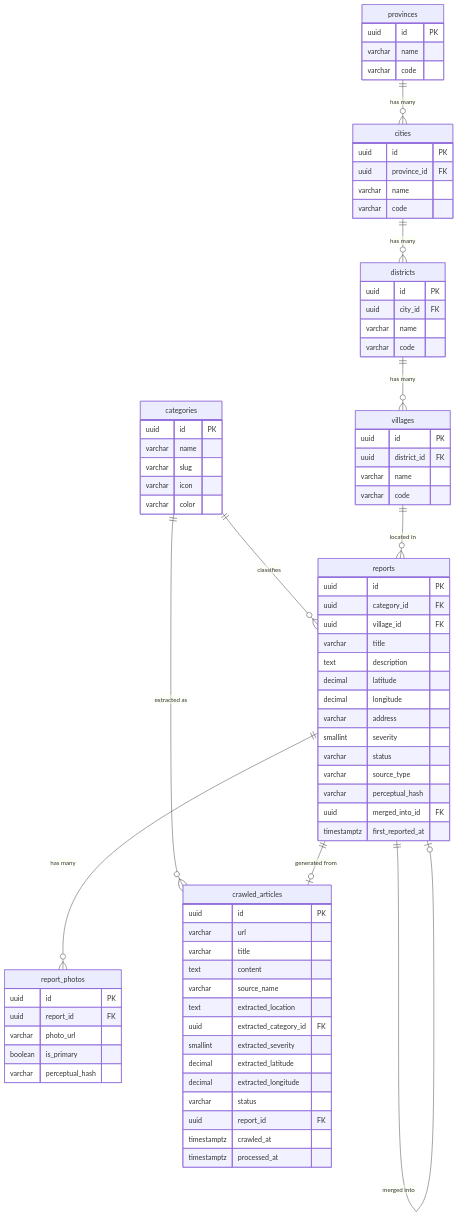
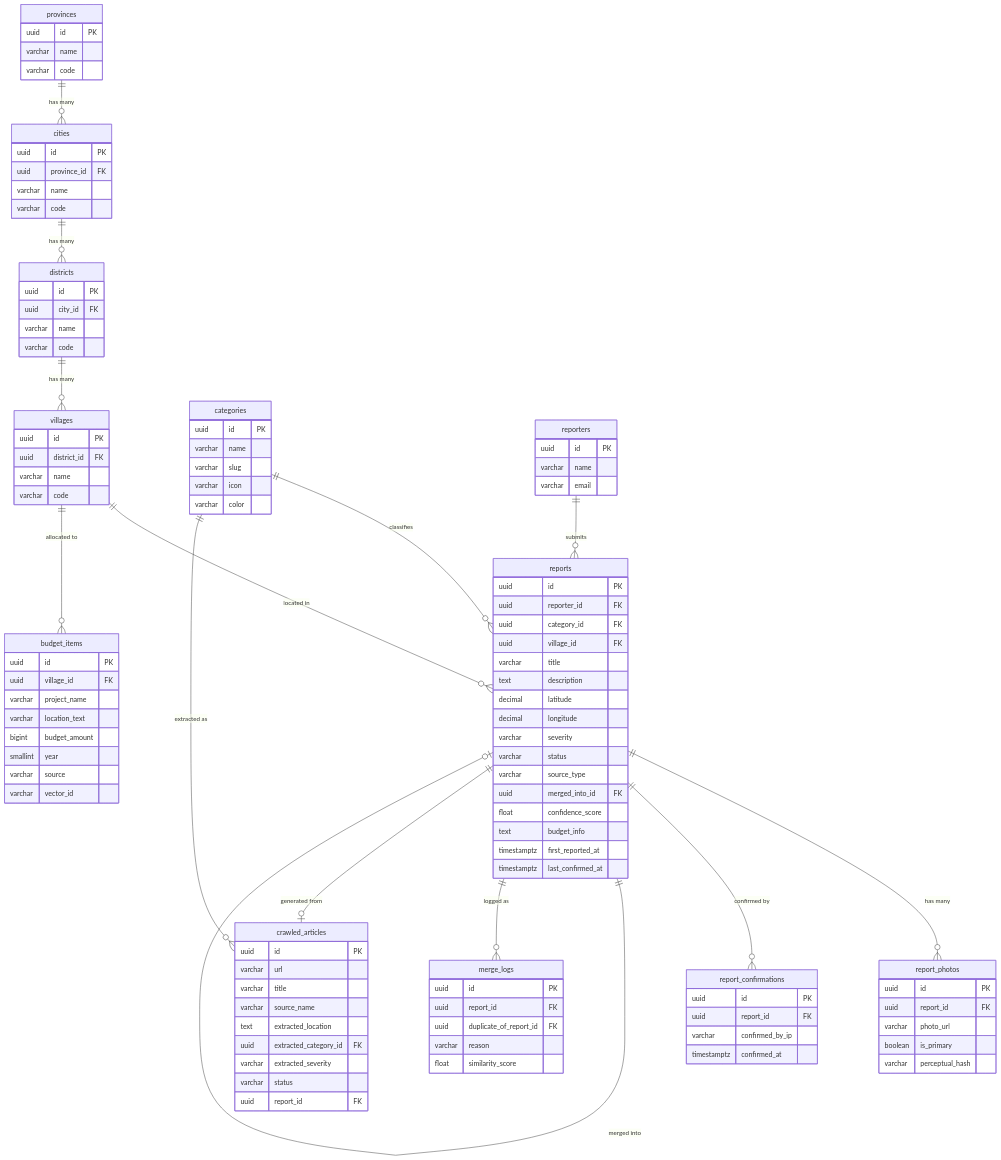
Before and after one commit to arttVinci/fixora-Backend: the diagram in docs/DATABASE-SCHEMA.md, drawn with Mermaid. The commit also changed other lines of this file, not shown here.

Commit message:
docs: refactor for database schema documentation for region hierarchy, reporters, and reports

````diff
--- a/docs/DATABASE-SCHEMA.md
+++ b/docs/DATABASE-SCHEMA.md
@@ -167,43 +254,44 @@
     provinces ||--o{ cities : "has many"
     cities ||--o{ districts : "has many"
     districts ||--o{ villages : "has many"
-    
+
     categories ||--o{ reports : "classifies"
     villages ||--o{ reports : "located in"
-    
+    reporters ||--o{ reports : "submits"
+
     reports ||--o{ report_photos : "has many"
+    reports ||--o{ report_confirmations : "confirmed by"
     reports ||--o| reports : "merged into"
-    
+    reports ||--o{ merge_logs : "logged as"
+
     categories ||--o{ crawled_articles : "extracted as"
     reports ||--o| crawled_articles : "generated from"
-    
+
+    villages ||--o{ budget_items : "allocated to"
+
     provinces {
         uuid id PK
         varchar name
         varchar code
     }
-    
     cities {
         uuid id PK
         uuid province_id FK
         varchar name
         varchar code
     }
-    
     districts {
         uuid id PK
         uuid city_id FK
         varchar name
         varchar code
     }
-    
     villages {
         uuid id PK
         uuid district_id FK
         varchar name
         varchar code
     }
-    
     categories {
         uuid id PK
         varchar name
@@ -211,24 +299,29 @@
         varchar icon
         varchar color
     }
-    
+    reporters {
+        uuid id PK
+        varchar name
+        varchar email
+    }
     reports {
         uuid id PK
+        uuid reporter_id FK
         uuid category_id FK
         uuid village_id FK
         varchar title
         text description
         decimal latitude
         decimal longitude
-        varchar address
-        smallint severity
+        varchar severity
         varchar status
         varchar source_type
-        varchar perceptual_hash
         uuid merged_into_id FK
+        float confidence_score
+        text budget_info
         timestamptz first_reported_at
+        timestamptz last_confirmed_at
     }
-    
     report_photos {
         uuid id PK
         uuid report_id FK
@@ -236,21 +329,38 @@
         boolean is_primary
         varchar perceptual_hash
     }
-    
+    report_confirmations {
+        uuid id PK
+        uuid report_id FK
+        varchar confirmed_by_ip
+        timestamptz confirmed_at
+    }
+    merge_logs {
+        uuid id PK
+        uuid report_id FK
+        uuid duplicate_of_report_id FK
+        varchar reason
+        float similarity_score
+    }
     crawled_articles {
         uuid id PK
         varchar url
         varchar title
-        text content
         varchar source_name
         text extracted_location
         uuid extracted_category_id FK
-        smallint extracted_severity
-        decimal extracted_latitude
-        decimal extracted_longitude
+        varchar extracted_severity
         varchar status
         uuid report_id FK
-        timestamptz crawled_at
-        timestamptz processed_at
+    }
+    budget_items {
+        uuid id PK
+        uuid village_id FK
+        varchar project_name
+        varchar location_text
+        bigint budget_amount
+        smallint year
+        varchar source
+        varchar vector_id
     }
 ```
````
